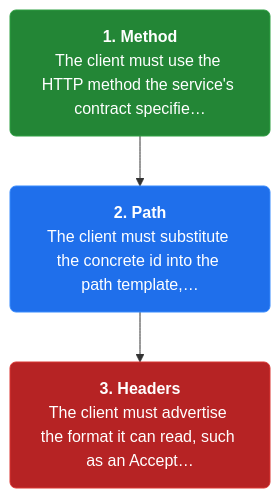
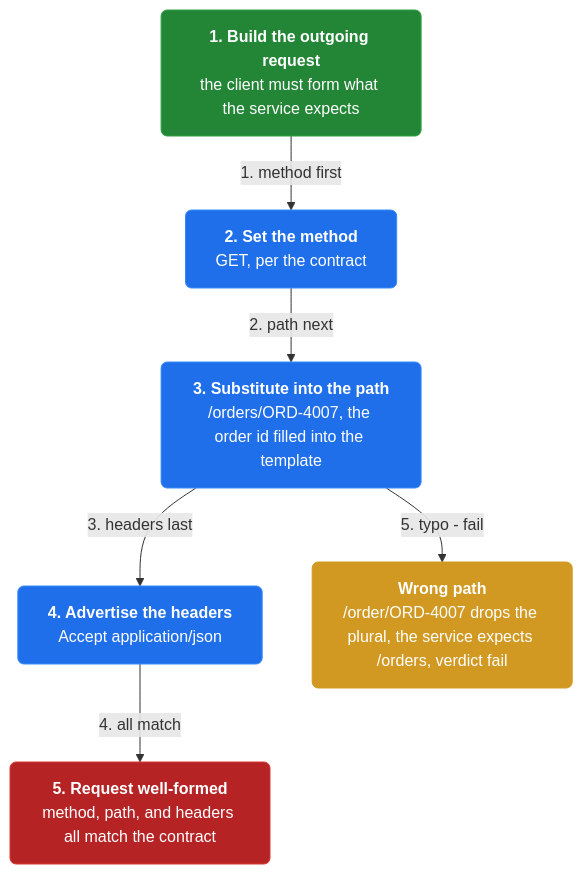
The second of 4 diagrams in docs/ch26-consumer-side-contract-test.md (vinayakuber/microservices-io-study-guide), drawn with Mermaid before and after one commit. The commit also changed other lines of this file and 46 other files, not shown here.

First line of the commit message:
Author rich branching flow diagrams for all 44 chapters

````diff
--- a/docs/ch26-consumer-side-contract-test.md
+++ b/docs/ch26-consumer-side-contract-test.md
@@ -51,11 +59,19 @@
 ```mermaid
 flowchart TD
-  classDef step fill:#1f6feb,color:#ffffff,stroke:#388bfd,stroke-width:1px,rx:6
+  classDef step fill:#1f6feb,color:#ffffff,stroke:#388bfd,rx:6
+  classDef core fill:#8250df,color:#ffffff,stroke:#8250df,rx:6
+  classDef warn fill:#d29922,color:#ffffff,stroke:#d29922,rx:6
   classDef start fill:#238636,color:#ffffff,stroke:#2ea043,rx:6
   classDef stop fill:#b62324,color:#ffffff,stroke:#da3633,rx:6
-  s1n0["<b>1. Method</b><br/>The client must use the HTTP method the service's contract specifie…"]:::start
-  s1n1["<b>2. Path</b><br/>The client must substitute the concrete id into the path template,…"]:::step
-  s1n2["<b>3. Headers</b><br/>The client must advertise the format it can read, such as an Accept…"]:::stop
-  s1n0 --> s1n1
-  s1n1 --> s1n2
+  n0["<b>1. Build the outgoing request</b><br/>the client must form what the service expects"]:::start
+  n1["<b>2. Set the method</b><br/>GET, per the contract"]:::step
+  n2["<b>3. Substitute into the path</b><br/>/orders/ORD-4007, the order id filled into the template"]:::step
+  n3["<b>4. Advertise the headers</b><br/>Accept application/json"]:::step
+  n4["<b>5. Request well-formed</b><br/>method, path, and headers all match the contract"]:::stop
+  n5["<b>Wrong path</b><br/>/order/ORD-4007 drops the plural, the service expects /orders, verdict fail"]:::warn
+  n0 -->|"1. method first"| n1
+  n1 -->|"2. path next"| n2
+  n2 -->|"3. headers last"| n3
+  n3 -->|"4. all match"| n4
+  n2 -->|"5. typo - fail"| n5
 ```
````
